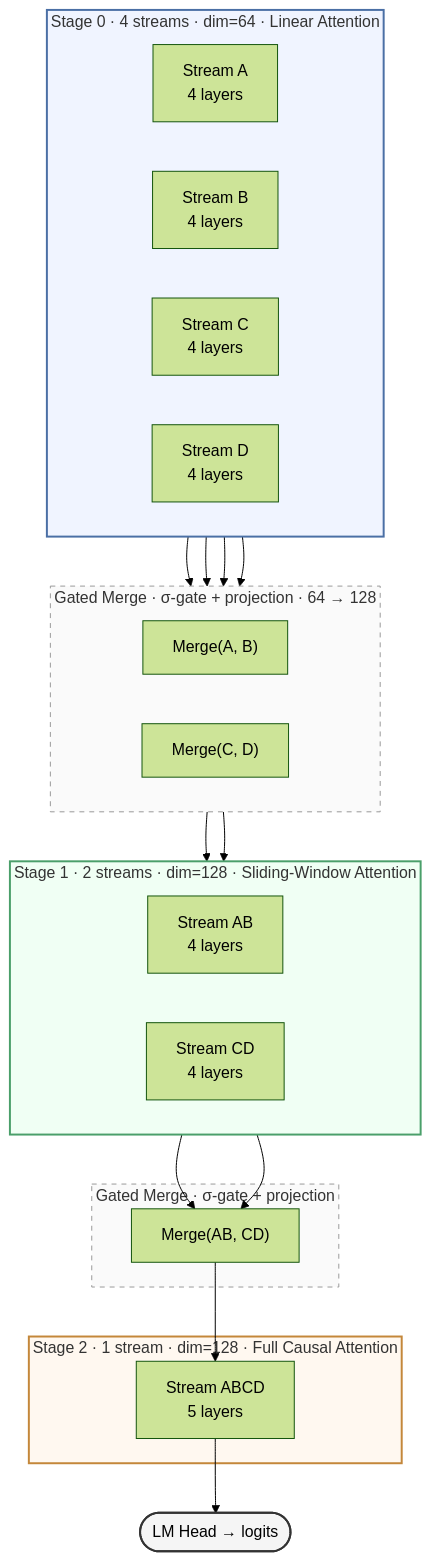
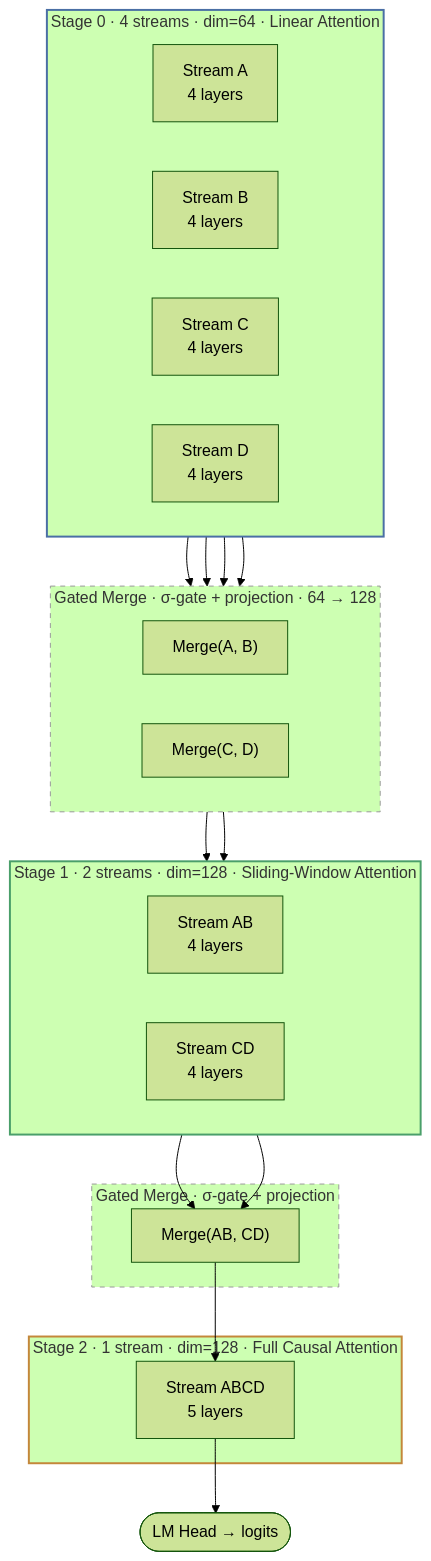
Before and after one commit to CalebisGross/felix-lm: the diagram in README.md, drawn with Mermaid (forest theme).

Commit message:
Remove Mermaid fill colors for dark mode compatibility
Custom fill colors were unreadable on GitHub dark mode.
Stroke-only styling lets GitHub's native theme handle
background colors in both light and dark mode.

````diff
--- a/README.md
+++ b/README.md
@@ -17,50 +17,49 @@
 ```mermaid
 graph TD
     subgraph S0["Stage 0 · 4 streams · dim=64 · Linear Attention"]
         direction LR
         A["Stream A<br/>4 layers"]
         B["Stream B<br/>4 layers"]
         C["Stream C<br/>4 layers"]
         D["Stream D<br/>4 layers"]
     end
 
     subgraph M1["Gated Merge · σ-gate + projection · 64 → 128"]
         direction LR
         G1["Merge(A, B)"]
         G2["Merge(C, D)"]
     end
 
     subgraph S1["Stage 1 · 2 streams · dim=128 · Sliding-Window Attention"]
         direction LR
         AB["Stream AB<br/>4 layers"]
         CD["Stream CD<br/>4 layers"]
     end
 
     subgraph M2["Gated Merge · σ-gate + projection"]
         G3["Merge(AB, CD)"]
     end
 
     subgraph S2["Stage 2 · 1 stream · dim=128 · Full Causal Attention"]
         ABCD["Stream ABCD<br/>5 layers"]
     end
 
     OUT(["LM Head → logits"])
 
     A --> G1
     B --> G1
     C --> G2
     D --> G2
     G1 --> AB
     G2 --> CD
     AB --> G3
     CD --> G3
     G3 --> ABCD
     ABCD --> OUT
 
-    style S0 fill:#f0f4ff,stroke:#4a6fa5,stroke-width:2px
-    style S1 fill:#f0fff4,stroke:#4a9f6a,stroke-width:2px
-    style S2 fill:#fff8f0,stroke:#c4873a,stroke-width:2px
-    style M1 fill:#fafafa,stroke:#999,stroke-width:1px,stroke-dasharray: 5 5
-    style M2 fill:#fafafa,stroke:#999,stroke-width:1px,stroke-dasharray: 5 5
-    style OUT fill:#f5f5f5,stroke:#333,stroke-width:2px
+    style S0 stroke:#4a6fa5,stroke-width:2px
+    style S1 stroke:#4a9f6a,stroke-width:2px
+    style S2 stroke:#c4873a,stroke-width:2px
+    style M1 stroke:#999,stroke-width:1px,stroke-dasharray: 5 5
+    style M2 stroke:#999,stroke-width:1px,stroke-dasharray: 5 5
 ```
````
